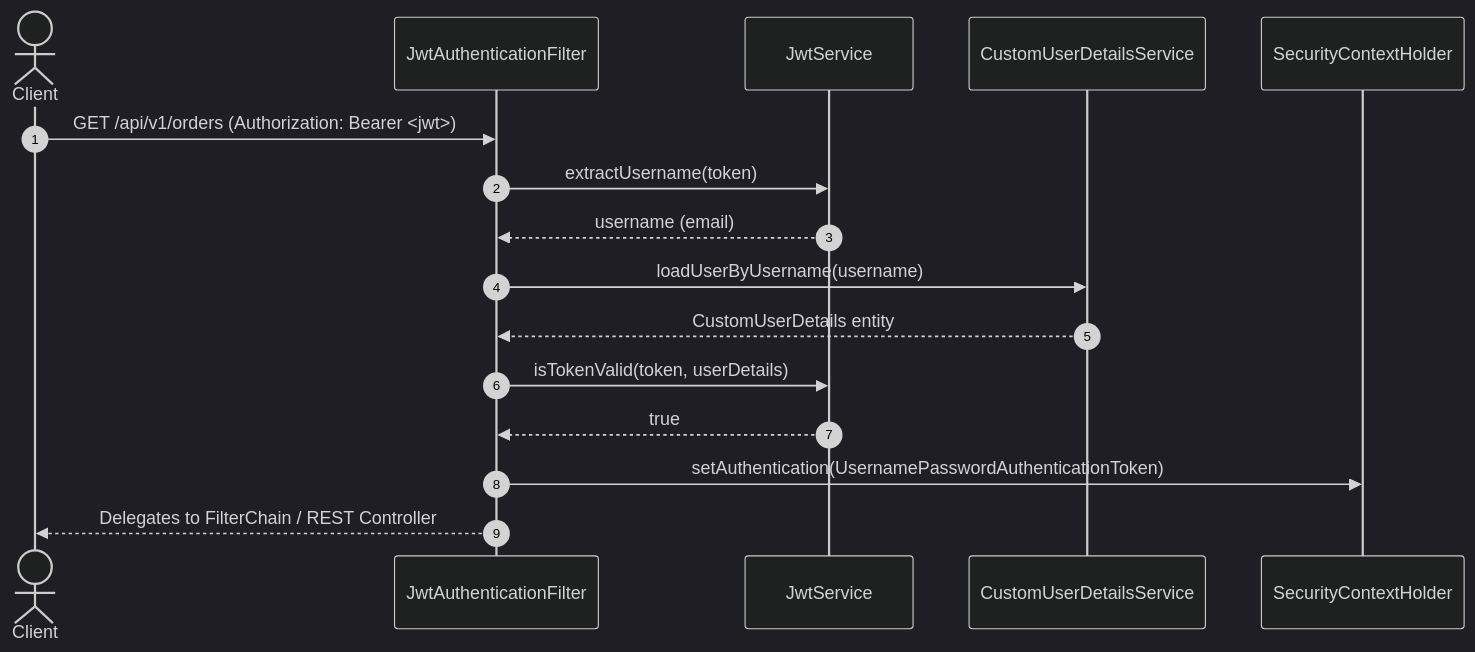
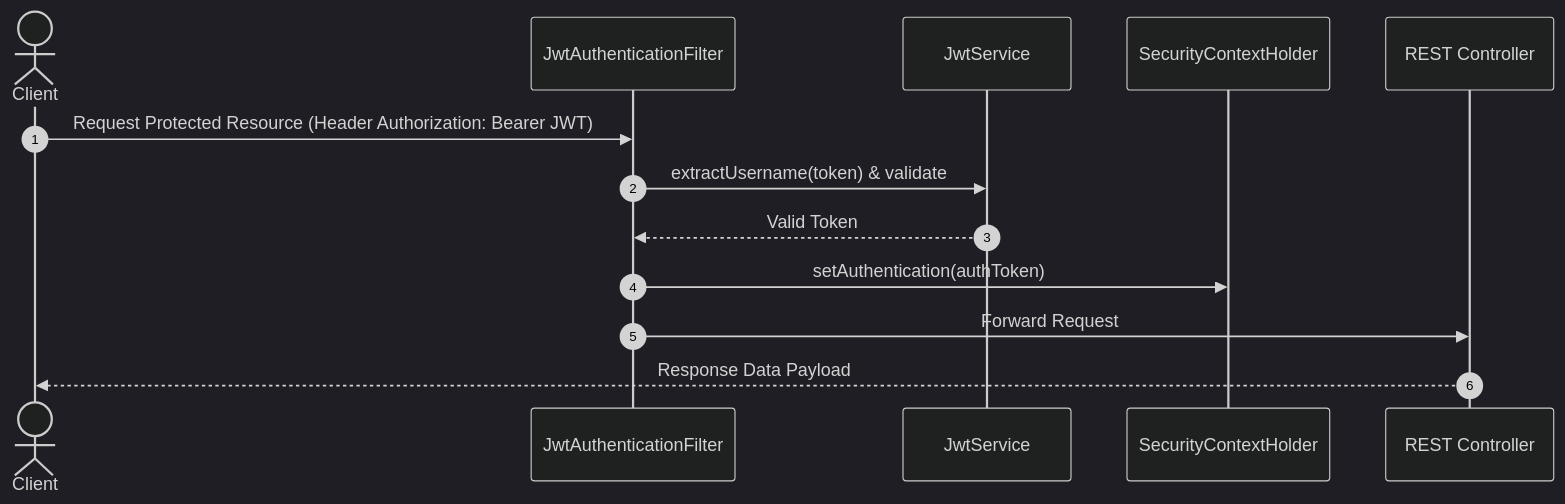
The sixth of 6 diagrams in docs/Security.md (Amitgupta0001/amazon-scale-backend), drawn with Mermaid (dark theme) before and after one commit. The commit also changed other lines of this file and 26 other files, not shown here.

Commit message:
docs: document project architecture, API, security, database, and modules

````diff
--- a/docs/Security.md
+++ b/docs/Security.md
@@ -354,19 +283,16 @@
 ```mermaid
 sequenceDiagram
     autonumber
     actor Client
     participant Filter as JwtAuthenticationFilter
     participant JwtSvc as JwtService
-    participant UserDetailsSvc as CustomUserDetailsService
     participant SecCtx as SecurityContextHolder
+    participant Ctrl as REST Controller
 
-    Client->>Filter: GET /api/v1/orders (Authorization: Bearer <jwt>)
-    Filter->>JwtSvc: extractUsername(token)
-    JwtSvc-->>Filter: username (email)
-    Filter->>UserDetailsSvc: loadUserByUsername(username)
-    UserDetailsSvc-->>Filter: CustomUserDetails entity
-    Filter->>JwtSvc: isTokenValid(token, userDetails)
-    JwtSvc-->>Filter: true
-    Filter->>SecCtx: setAuthentication(UsernamePasswordAuthenticationToken)
-    Filter-->>Client: Delegates to FilterChain / REST Controller
+    Client->>Filter: Request Protected Resource (Header Authorization: Bearer JWT)
+    Filter->>JwtSvc: extractUsername(token) & validate
+    JwtSvc-->>Filter: Valid Token
+    Filter->>SecCtx: setAuthentication(authToken)
+    Filter->>Ctrl: Forward Request
+    Ctrl-->>Client: Response Data Payload
 ```
````
